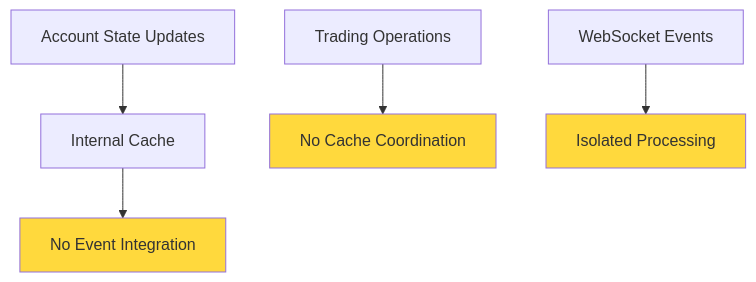
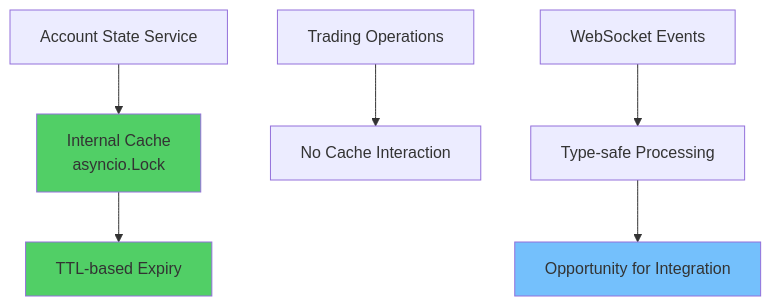
Before and after one commit to plataplomo/hummingbot: the second of 5 diagrams in workflow/cache_refactor/phase1_api_cache_refactor.md, drawn with Mermaid. The commit also changed other lines of this file and 3 other files, not shown here.

Commit message:
docs: Update cache architecture documents to reflect enhancements and simplifications in event-driven integration strategy

````diff
--- a/workflow/cache_refactor/phase1_api_cache_refactor.md
+++ b/workflow/cache_refactor/phase1_api_cache_refactor.md
@@ -30,13 +32,14 @@
 ```mermaid
 graph TD
-    A[Account State Updates] --> B[Internal Cache]
-    B --> C[No Event Integration]
+    A[Account State Service] --> B[Internal Cache<br/>asyncio.Lock]
+    B --> C[TTL-based Expiry]
 
-    D[Trading Operations] --> E[No Cache Coordination]
+    D[Trading Operations] --> E[No Cache Interaction]
 
-    F[WebSocket Events] --> G[Isolated Processing]
+    F[WebSocket Events] --> G[Type-safe Processing]
+    G --> H[Opportunity for Integration]
 
-    style C fill:#ffd93d,color:#333
-    style E fill:#ffd93d,color:#333
-    style G fill:#ffd93d,color:#333
+    style B fill:#51cf66,color:#333
+    style C fill:#51cf66,color:#333
+    style H fill:#74c0fc,color:#333
 ```
````
